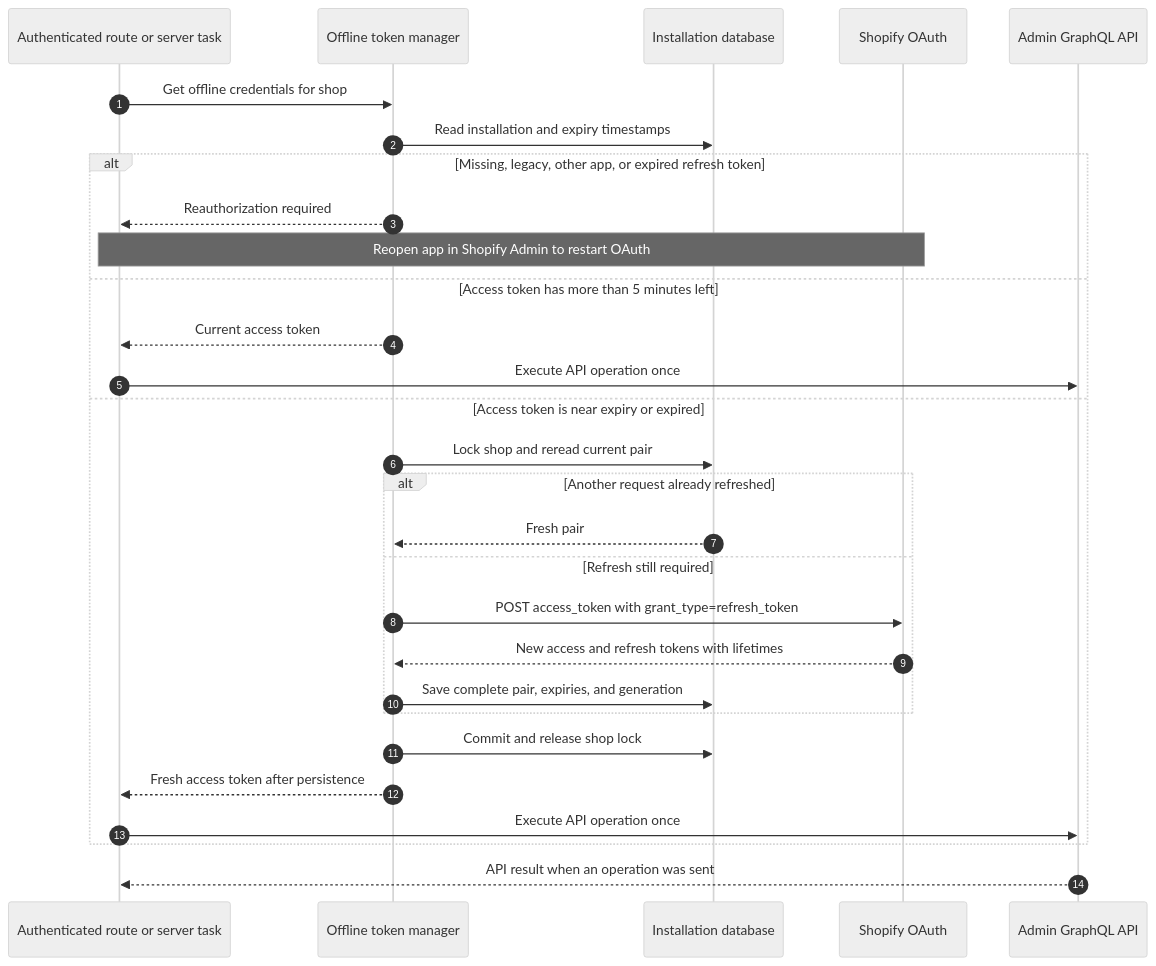
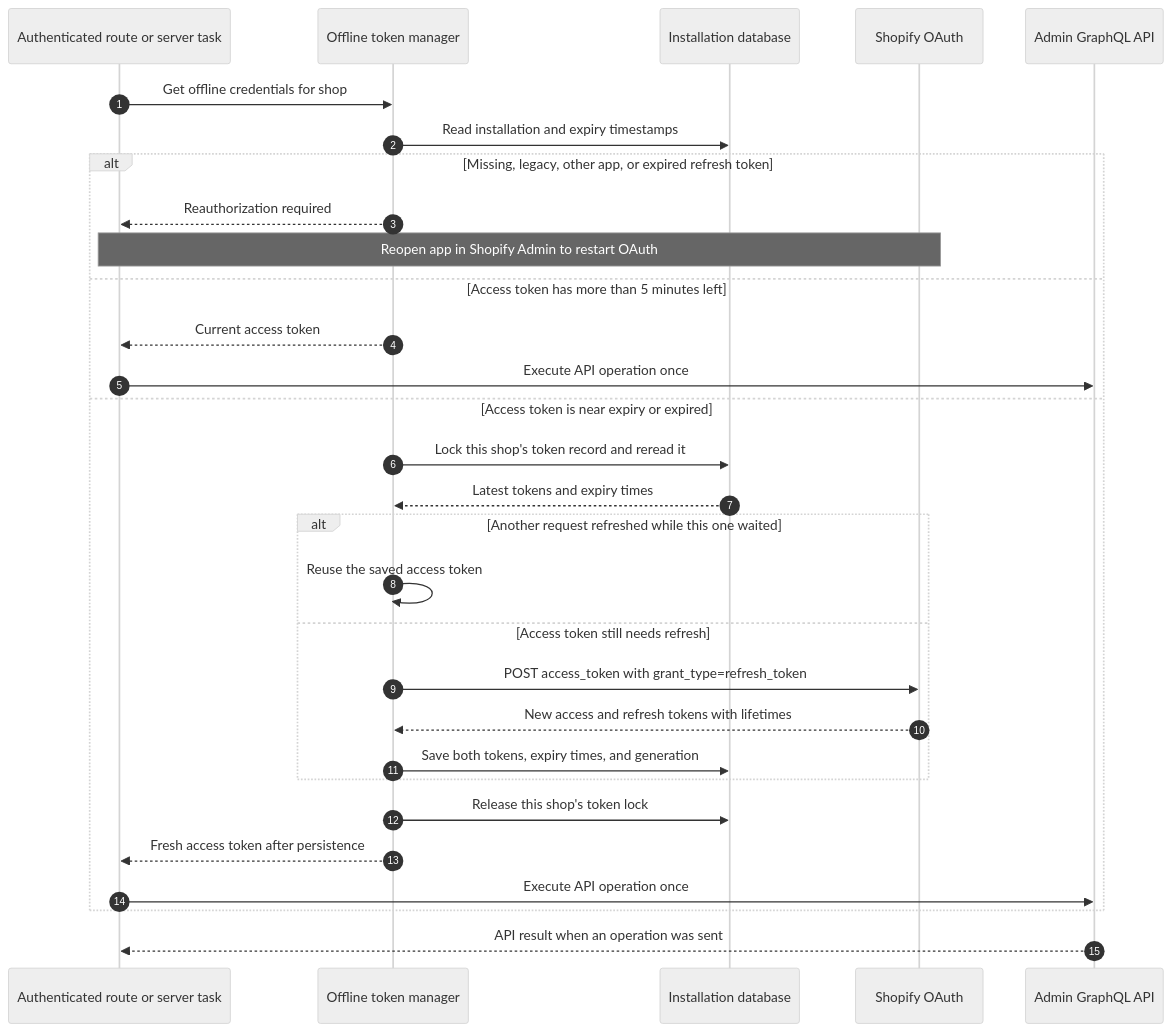
One commit to benzookapi/shopify-barebone-app-sample changed the second of 8 diagrams in docs/00-ARCHITECTURE.md. Above: the diagram before and after it, drawn with Mermaid (neutral theme). The commit also changed other lines of this file, not shown here.

Commit message:
Clarify offline token pairs, locking, and connector refresh

````diff
--- a/docs/00-ARCHITECTURE.md
+++ b/docs/00-ARCHITECTURE.md
@@ -61,32 +63,33 @@
 ```mermaid
 sequenceDiagram
     autonumber
     participant Caller as Authenticated route or server task
     participant Tokens as Offline token manager
     participant DB as Installation database
     participant OAuth as Shopify OAuth
     participant API as Admin GraphQL API
 
     Caller->>Tokens: Get offline credentials for shop
     Tokens->>DB: Read installation and expiry timestamps
     alt Missing, legacy, other app, or expired refresh token
         Tokens-->>Caller: Reauthorization required
         Note over Caller,OAuth: Reopen app in Shopify Admin to restart OAuth
     else Access token has more than 5 minutes left
         Tokens-->>Caller: Current access token
         Caller->>API: Execute API operation once
     else Access token is near expiry or expired
-        Tokens->>DB: Lock shop and reread current pair
-        alt Another request already refreshed
-            DB-->>Tokens: Fresh pair
-        else Refresh still required
+        Tokens->>DB: Lock this shop's token record and reread it
+        DB-->>Tokens: Latest tokens and expiry times
+        alt Another request refreshed while this one waited
+            Tokens->>Tokens: Reuse the saved access token
+        else Access token still needs refresh
             Tokens->>OAuth: POST access_token with grant_type=refresh_token
             OAuth-->>Tokens: New access and refresh tokens with lifetimes
-            Tokens->>DB: Save complete pair, expiries, and generation
+            Tokens->>DB: Save both tokens, expiry times, and generation
         end
-        Tokens->>DB: Commit and release shop lock
+        Tokens->>DB: Release this shop's token lock
         Tokens-->>Caller: Fresh access token after persistence
         Caller->>API: Execute API operation once
     end
     API-->>Caller: API result when an operation was sent
 ```
````
